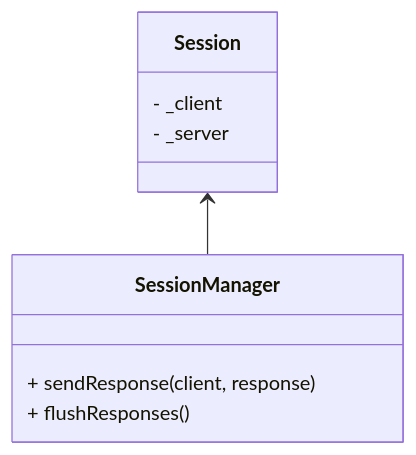
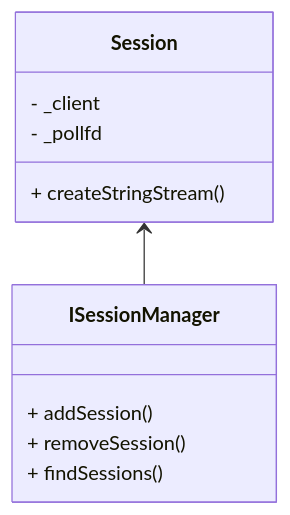
One commit to mfukui1218/irc changed the sixth of 13 diagrams in docs/class_design.md. Above: the diagram before and after it, drawn with Mermaid. The commit also changed other lines of this file and 32 other files, not shown here.

````diff
--- a/docs/class_design.md
+++ b/docs/class_design.md
@@ -119,13 +138,15 @@
 ```mermaid
 classDiagram
 	class Session {
 		- _client
-		- _server
+		- _pollfd
+		+ createStringStream()
 	}
 
-	Session <-- SessionManager
-	class SessionManager {
-		+ sendResponse(client, response)
-		+ flushResponses()
+	Session <-- ISessionManager
+	class ISessionManager {
+		+ addSession()
+		+ removeSession()
+		+ findSessions()
 	}
 ```
````
